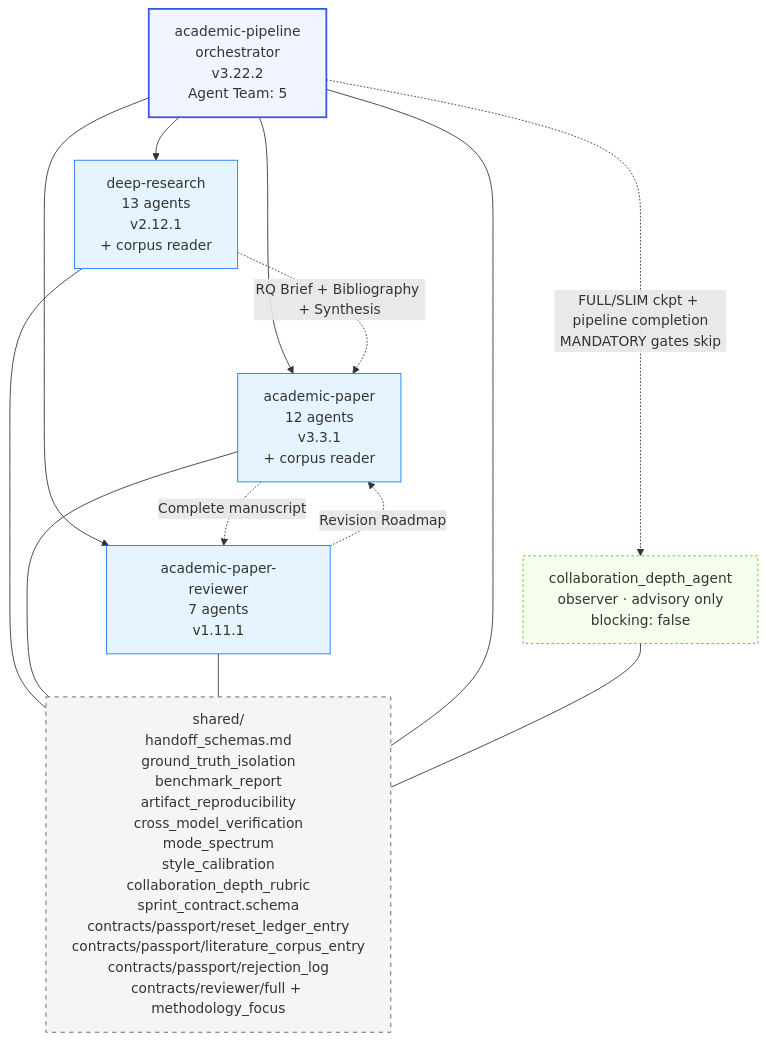
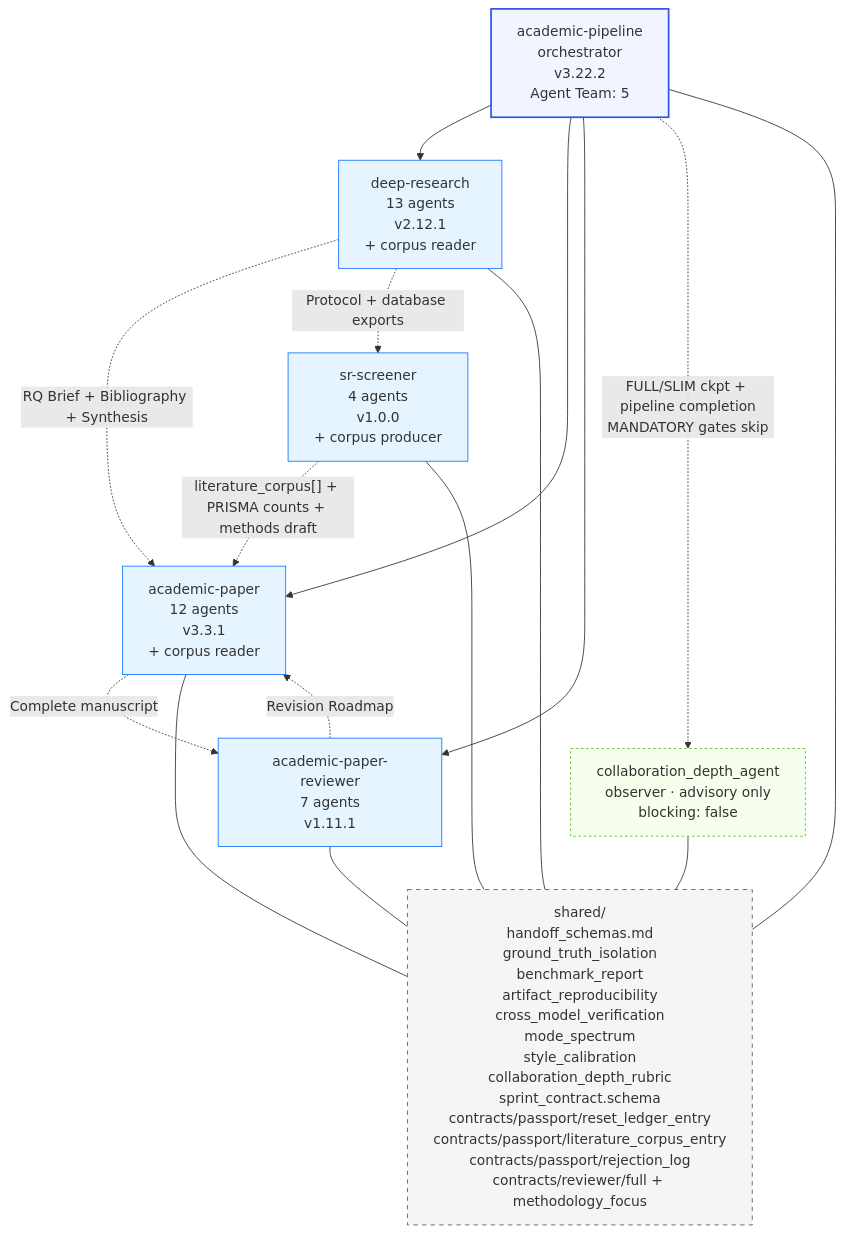
The fourth of 5 diagrams in docs/ARCHITECTURE.md (waterwoods-ai/academic-research-skills), drawn with Mermaid before and after one commit. The commit also changed other lines of this file and 88 other files, not shown here.

First line of the commit message:
feat(sr-screener): add protocol-driven study screening as the fifth skill (#919) (#920)

````diff
--- a/docs/ARCHITECTURE.md
+++ b/docs/ARCHITECTURE.md
@@ -218,31 +220,35 @@
 ```mermaid
 graph TD
     Pipeline[academic-pipeline<br/>orchestrator<br/>v3.22.2<br/>Agent Team: 5]
     Observer[collaboration_depth_agent<br/>observer · advisory only<br/>blocking: false]
     DR[deep-research<br/>13 agents<br/>v2.12.1<br/>+ corpus reader]
     AP[academic-paper<br/>12 agents<br/>v3.3.1<br/>+ corpus reader]
     APR[academic-paper-reviewer<br/>7 agents<br/>v1.11.1]
+    SRS[sr-screener<br/>4 agents<br/>v1.0.0<br/>+ corpus producer]
     Shared[shared/<br/>handoff_schemas.md<br/>ground_truth_isolation<br/>benchmark_report<br/>artifact_reproducibility<br/>cross_model_verification<br/>mode_spectrum<br/>style_calibration<br/>collaboration_depth_rubric<br/>sprint_contract.schema<br/>contracts/passport/reset_ledger_entry<br/>contracts/passport/literature_corpus_entry<br/>contracts/passport/rejection_log<br/>contracts/reviewer/full + methodology_focus]
 
     Pipeline --> DR
     Pipeline --> AP
     Pipeline --> APR
     Pipeline -. "FULL/SLIM ckpt + pipeline completion<br/>MANDATORY gates skip" .-> Observer
     DR -. "RQ Brief + Bibliography + Synthesis" .-> AP
     AP -. "Complete manuscript" .-> APR
     APR -. "Revision Roadmap" .-> AP
+    DR -. "Protocol + database exports" .-> SRS
+    SRS -. "literature_corpus[] + PRISMA counts + methods draft" .-> AP
     DR --- Shared
     AP --- Shared
     APR --- Shared
     Pipeline --- Shared
     Observer --- Shared
+    SRS --- Shared
 
     classDef orch fill:#f0f5ff,stroke:#2f54eb,stroke-width:2px
     classDef skill fill:#e6f4ff,stroke:#1677ff
     classDef shared fill:#f5f5f5,stroke:#595959,stroke-dasharray:5 5
     classDef observer fill:#f6ffed,stroke:#52c41a,stroke-dasharray:3 3
     class Pipeline orch
-    class DR,AP,APR skill
+    class DR,AP,APR,SRS skill
     class Shared shared
     class Observer observer
 ```
````
